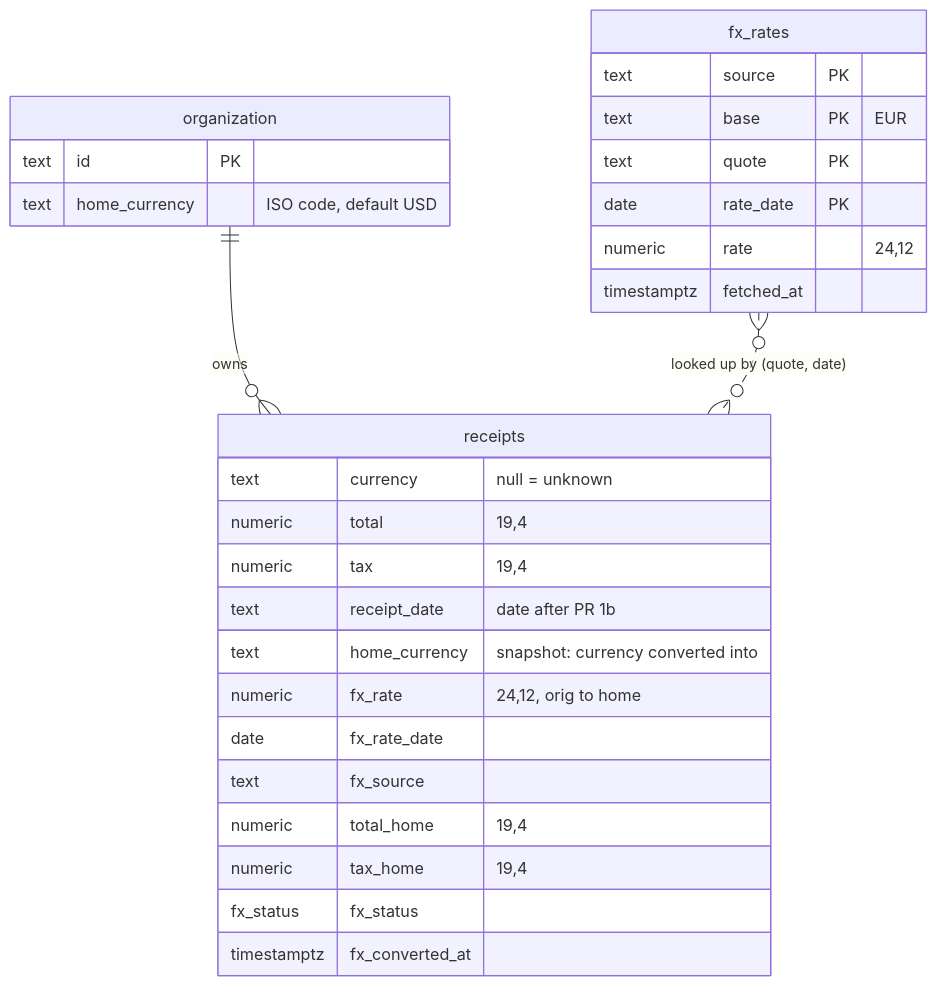
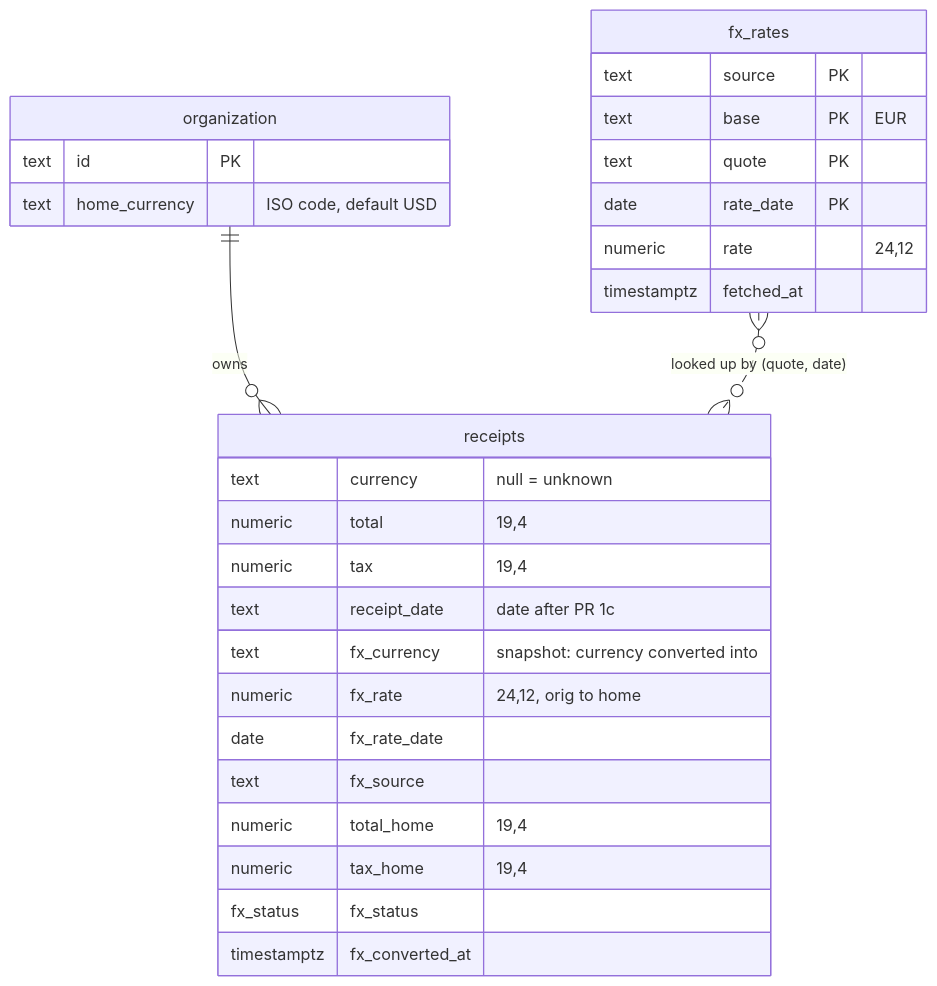
One commit to bhimrazy/receipt-ocr-app changed the third of 6 diagrams in docs/plans/2026-11-06-currencies-fx.md. Above: the diagram before and after it, drawn with Mermaid. The commit also changed other lines of this file and 1 other file, not shown here.

````diff
--- a/docs/plans/2026-11-06-currencies-fx.md
+++ b/docs/plans/2026-11-06-currencies-fx.md
@@ -324,31 +386,31 @@
 ```mermaid
 erDiagram
   organization ||--o{ receipts : owns
   fx_rates }o..o{ receipts : "looked up by (quote, date)"
   organization {
     text id PK
     text home_currency "ISO code, default USD"
   }
   receipts {
     text currency "null = unknown"
     numeric total "19,4"
     numeric tax "19,4"
-    text receipt_date "date after PR 1b"
-    text home_currency "snapshot: currency converted into"
+    text receipt_date "date after PR 1c"
+    text fx_currency "snapshot: currency converted into"
     numeric fx_rate "24,12, orig to home"
     date fx_rate_date
     text fx_source
     numeric total_home "19,4"
     numeric tax_home "19,4"
     fx_status fx_status
     timestamptz fx_converted_at
   }
   fx_rates {
     text source PK
     text base PK "EUR"
     text quote PK
     date rate_date PK
     numeric rate "24,12"
     timestamptz fetched_at
   }
 ```
````
